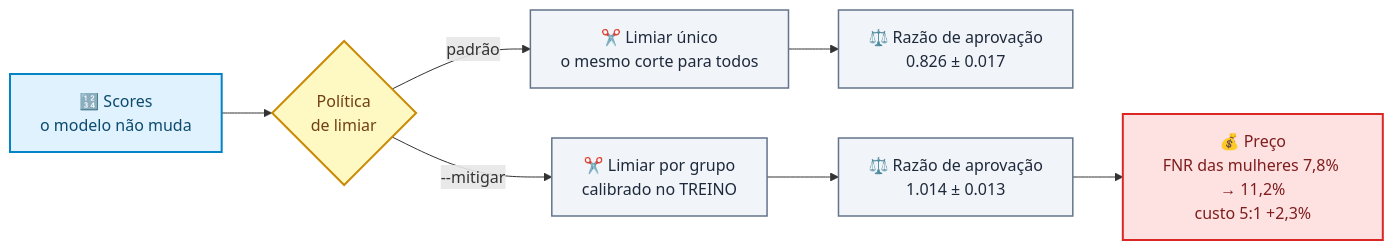
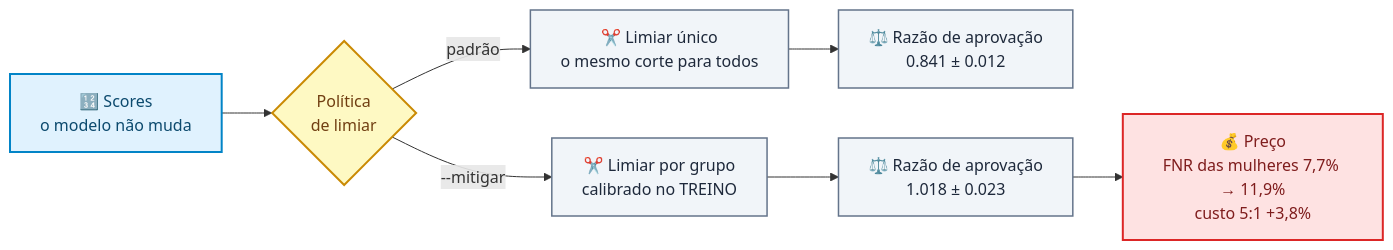
One commit to Felps03/tfjs-credit-risk-classifier changed the fourth of 5 diagrams in README.md. Above: the diagram before and after it, drawn with Mermaid. The commit also changed other lines of this file, not shown here.

````diff
--- a/README.md
+++ b/README.md
@@ -1740,19 +1748,19 @@
 ```mermaid
 flowchart LR
     S["🔢 Scores<br/>o modelo não muda"] --> P{"Política<br/>de limiar"}
     P -->|"padrão"| U["✂️ Limiar único<br/>o mesmo corte para todos"]
     P -->|"--mitigar"| G["✂️ Limiar por grupo<br/>calibrado no TREINO"]
-    U --> A["⚖️ Razão de aprovação<br/>0.826 ± 0.017"]
-    G --> B["⚖️ Razão de aprovação<br/>1.014 ± 0.013"]
-    B --> C["💰 Preço<br/>FNR das mulheres 7,8% → 11,2%<br/>custo 5:1 +2,3%"]
+    U --> A["⚖️ Razão de aprovação<br/>0.841 ± 0.012"]
+    G --> B["⚖️ Razão de aprovação<br/>1.018 ± 0.023"]
+    B --> C["💰 Preço<br/>FNR das mulheres 7,7% → 11,9%<br/>custo 5:1 +3,8%"]
 
     classDef score fill:#e0f2fe,stroke:#0284c7,stroke-width:2px,color:#0c4a6e
     classDef check fill:#fef9c3,stroke:#ca8a04,stroke-width:2px,color:#713f12
     classDef step  fill:#f1f5f9,stroke:#64748b,stroke-width:1.5px,color:#1e293b
     classDef price fill:#fee2e2,stroke:#dc2626,stroke-width:2px,color:#7f1d1d
 
     class S score
     class P check
     class U,G,A,B step
     class C price
 ```
````
